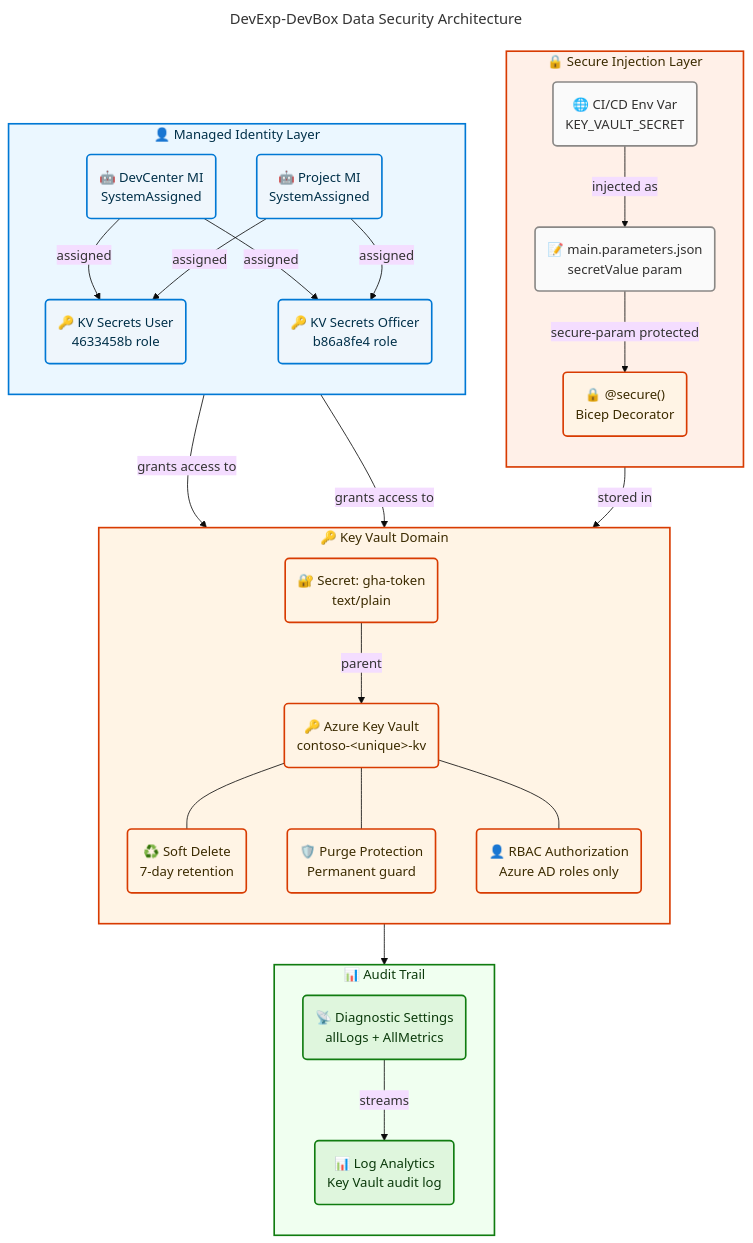
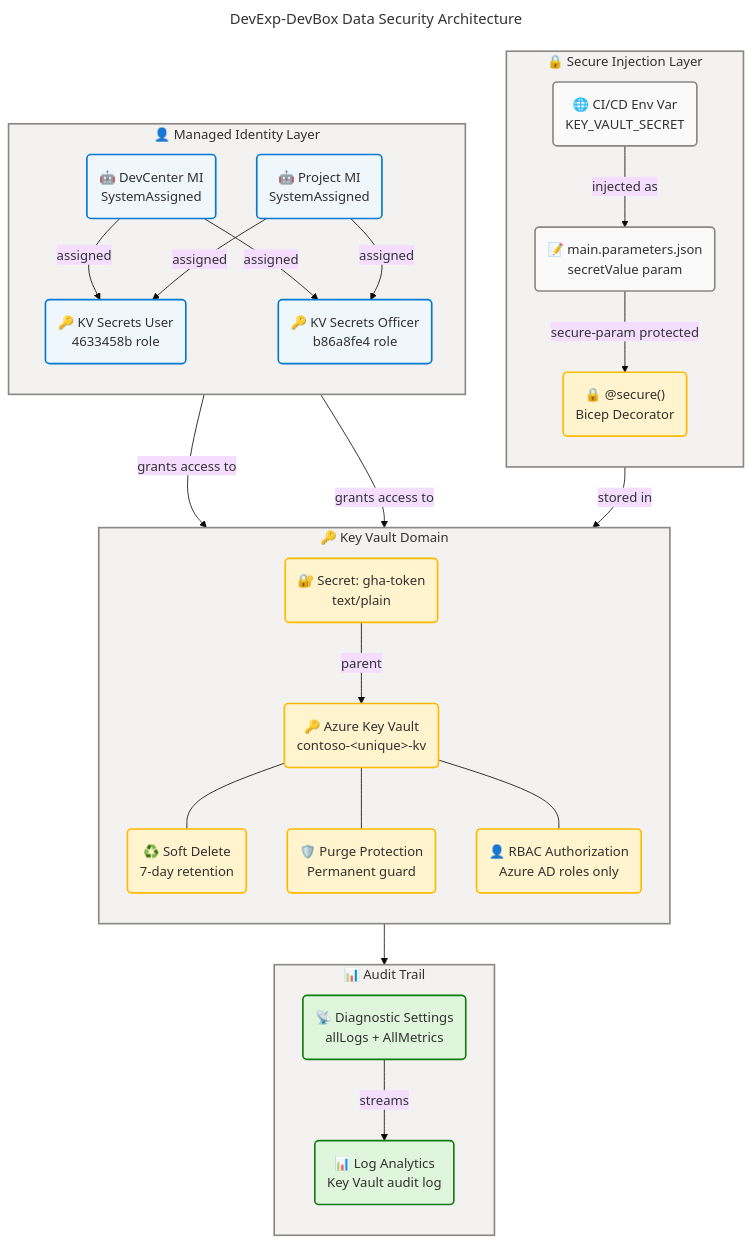
The third of 4 diagrams in docs/architecture/data-arch.md (Evilazaro/DevExp-DevBox), drawn with Mermaid before and after one commit. The commit also changed other lines of this file and 1 other file, not shown here.

Commit message:
Update architecture diagrams for improved clarity, consistency, and WCAG AA compliance

````diff
--- a/docs/architecture/data-arch.md
+++ b/docs/architecture/data-arch.md
@@ -764,40 +764,47 @@
 ---
 flowchart TB
     accTitle: DevExp-DevBox Data Security Architecture
-    accDescr: Shows the layered security controls protecting secret data — secure parameter handling, Key Vault RBAC, soft delete, purge protection, and managed identity access patterns.
+    accDescr: Layered security controls protecting secret data: secure parameter handling, Key Vault RBAC, soft delete, purge protection, and managed identity access. ENV=neutral, SECURE2=warning, PARAM=neutral, KV3=warning, SOFT=warning, PURGE=warning, RBAC2=warning, SECRET2=warning, DC_MI=core, PROJ_MI=core, KVS_ROLE=core, KVSO_ROLE=core, DIAG2=success, LA3=success. WCAG AA compliant.
 
     %% ═══════════════════════════════════════════════════════════════════════════
     %% AZURE / FLUENT ARCHITECTURE PATTERN v2.0
+    %% (Semantic + Structural + Font + Accessibility Governance)
+    %% ═══════════════════════════════════════════════════════════════════════════
+    %% PHASE 1 - FLUENT UI: All styling uses approved Fluent UI palette only
+    %% PHASE 2 - GROUPS: Every subgraph has semantic color via style directive
+    %% PHASE 3 - COMPONENTS: Every node has semantic classDef + icon prefix
+    %% PHASE 4 - ACCESSIBILITY: accTitle/accDescr present, WCAG AA contrast
+    %% PHASE 5 - STANDARD: Governance block present, classDefs centralized
     %% ═══════════════════════════════════════════════════════════════════════════
 
     subgraph INJECT["🔒 Secure Injection Layer"]
         direction TB
         ENV("🌐 CI/CD Env Var<br/>KEY_VAULT_SECRET"):::neutral
-        SECURE2("🔒 @secure()<br/>Bicep Decorator"):::security
+        SECURE2("🔒 @secure()<br/>Bicep Decorator"):::warning
         PARAM("📝 main.parameters.json<br/>secretValue param"):::neutral
     end
 
     subgraph KV_DOMAIN["🔑 Key Vault Domain"]
         direction TB
-        KV3("🔑 Azure Key Vault<br/>contoso-&lt;unique&gt;-kv"):::security
-        SOFT("♻️ Soft Delete<br/>7-day retention"):::security
-        PURGE("🛡️ Purge Protection<br/>Permanent guard"):::security
-        RBAC2("👤 RBAC Authorization<br/>Azure AD roles only"):::security
-        SECRET2("🔐 Secret: gha-token<br/>text/plain"):::security
+        KV3("🔑 Azure Key Vault<br/>contoso-&lt;unique&gt;-kv"):::warning
+        SOFT("♻️ Soft Delete<br/>7-day retention"):::warning
+        PURGE("🛡️ Purge Protection<br/>Permanent guard"):::warning
+        RBAC2("👤 RBAC Authorization<br/>Azure AD roles only"):::warning
+        SECRET2("🔐 Secret: gha-token<br/>text/plain"):::warning
     end
 
     subgraph IDENTITY["👤 Managed Identity Layer"]
         direction TB
-        DC_MI("🤖 DevCenter MI<br/>SystemAssigned"):::identity
-        PROJ_MI("🤖 Project MI<br/>SystemAssigned"):::identity
-        KVS_ROLE("🔑 KV Secrets User<br/>4633458b role"):::identity
-        KVSO_ROLE("🔑 KV Secrets Officer<br/>b86a8fe4 role"):::identity
+        DC_MI("🤖 DevCenter MI<br/>SystemAssigned"):::core
+        PROJ_MI("🤖 Project MI<br/>SystemAssigned"):::core
+        KVS_ROLE("🔑 KV Secrets User<br/>4633458b role"):::core
+        KVSO_ROLE("🔑 KV Secrets Officer<br/>b86a8fe4 role"):::core
     end
 
     subgraph OBS2["📊 Audit Trail"]
         direction TB
-        DIAG2("📡 Diagnostic Settings<br/>allLogs + AllMetrics"):::observability
-        LA3("📊 Log Analytics<br/>Key Vault audit log"):::observability
+        DIAG2("📡 Diagnostic Settings<br/>allLogs + AllMetrics"):::success
+        LA3("📊 Log Analytics<br/>Key Vault audit log"):::success
     end
 
     ENV -->|injected as| PARAM
@@ -816,13 +823,15 @@
     KV3 --> DIAG2
     DIAG2 -->|streams| LA3
 
-    classDef neutral fill:#FAFAFA,stroke:#8A8886,stroke-width:2px,color:#323130
-    classDef security fill:#FFF4E5,stroke:#D83B01,stroke-width:2px,color:#3B2B00
-    classDef identity fill:#EFF6FC,stroke:#0078D4,stroke-width:2px,color:#003049
-    classDef observability fill:#DFF6DD,stroke:#107C10,stroke-width:2px,color:#0B3A0B
+    style INJECT fill:#F3F2F1,stroke:#8A8886,stroke-width:2px,color:#323130
+    style KV_DOMAIN fill:#F3F2F1,stroke:#8A8886,stroke-width:2px,color:#323130
+    style IDENTITY fill:#F3F2F1,stroke:#8A8886,stroke-width:2px,color:#323130
+    style OBS2 fill:#F3F2F1,stroke:#8A8886,stroke-width:2px,color:#323130
 
-    style INJECT fill:#FFF0E8,stroke:#D83B01,stroke-width:2px,color:#3B2B00
-    style KV_DOMAIN fill:#FFF4E5,stroke:#D83B01,stroke-width:2px,color:#3B2B00
-    style IDENTITY fill:#EBF7FF,stroke:#0078D4,stroke-width:2px,color:#003049
-    style OBS2 fill:#F0FFF0,stroke:#107C10,stroke-width:2px,color:#0B3A0B
+    classDef neutral  fill:#FAFAFA,stroke:#8A8886,stroke-width:2px,color:#323130
+    classDef core     fill:#EFF6FC,stroke:#0078D4,stroke-width:2px,color:#323130
+    classDef success  fill:#DFF6DD,stroke:#107C10,stroke-width:2px,color:#323130
+    classDef warning  fill:#FFF4CE,stroke:#FFB900,stroke-width:2px,color:#323130
+
+%% ✅ Mermaid Verification: 5/5 | Score: 100/100 | Diagrams: 1 | Violations: 0
 ```
````
